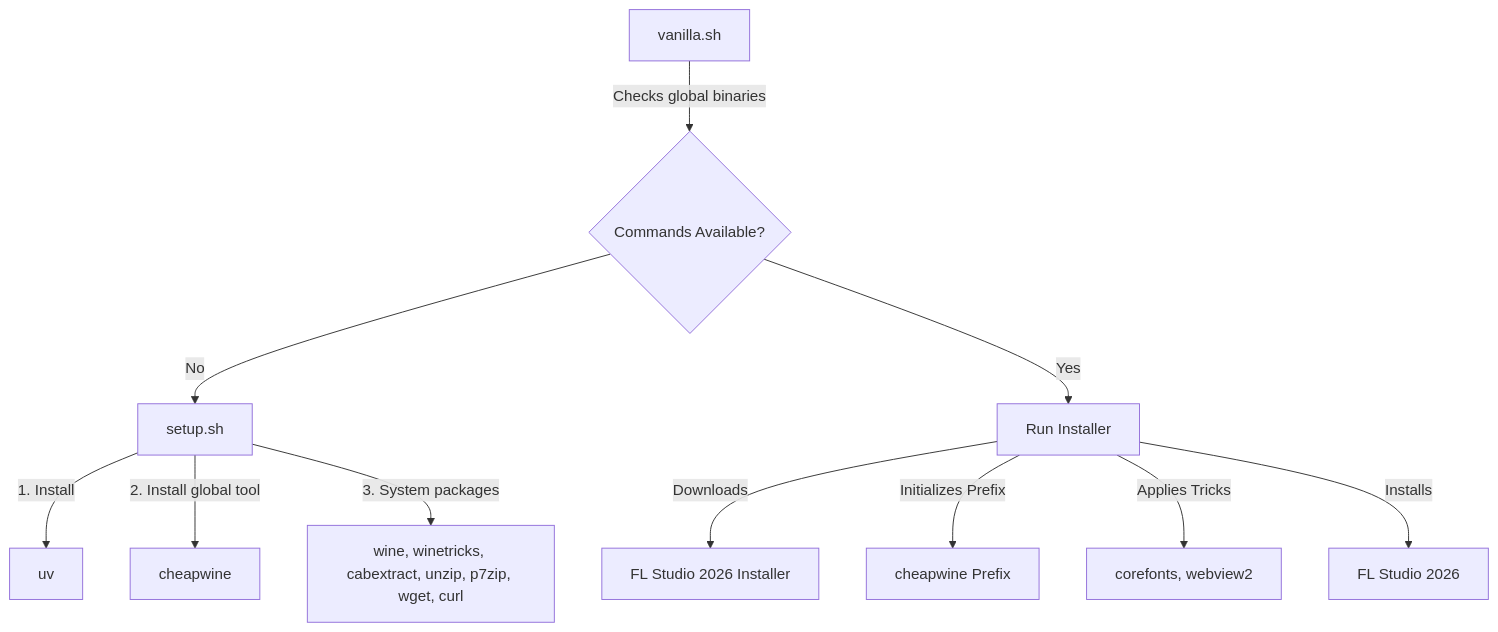
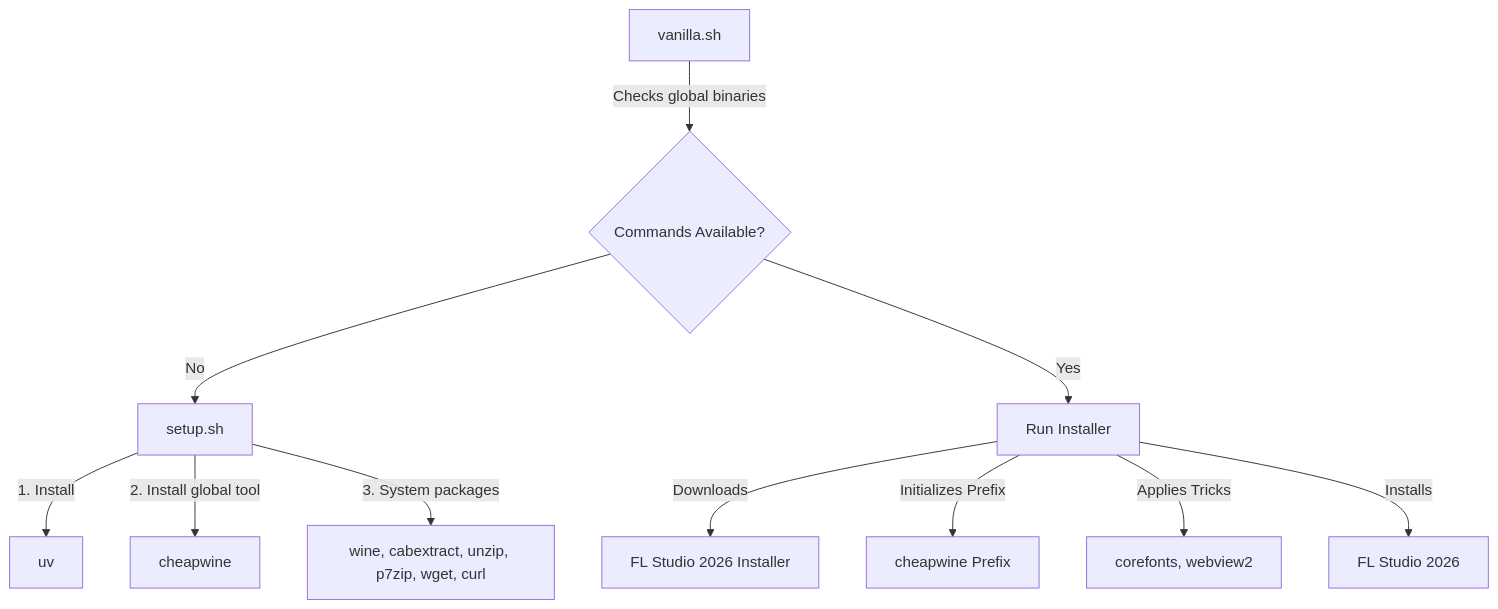
The diagram in README.md (HeapHeapHooray/getfruity), drawn with Mermaid before and after one commit. The commit also changed other lines of this file and 3 other files, not shown here.

````diff
--- a/README.md
+++ b/README.md
@@ -25,13 +25,13 @@
 ```mermaid
 graph TD
     A[vanilla.sh] -->|Checks global binaries| B{Commands Available?}
     B -->|No| C[setup.sh]
     C -->|1. Install| D[uv]
     C -->|2. Install global tool| E[cheapwine]
-    C -->|3. System packages| F[wine, winetricks, cabextract, unzip, p7zip, wget, curl]
+    C -->|3. System packages| F[wine, cabextract, unzip, p7zip, wget, curl]
     B -->|Yes| G[Run Installer]
     G -->|Downloads| H[FL Studio 2026 Installer]
     G -->|Initializes Prefix| I[cheapwine Prefix]
     G -->|Applies Tricks| J[corefonts, webview2]
     G -->|Installs| K[FL Studio 2026]
 ```
````
